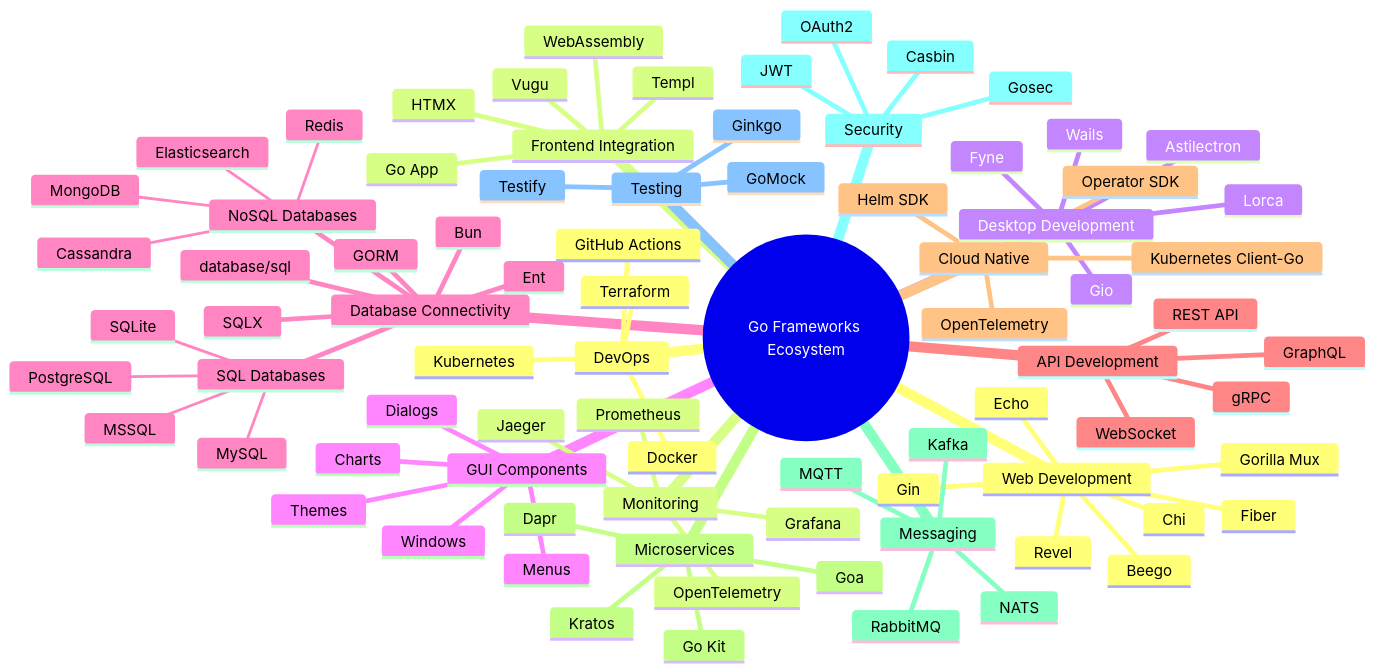
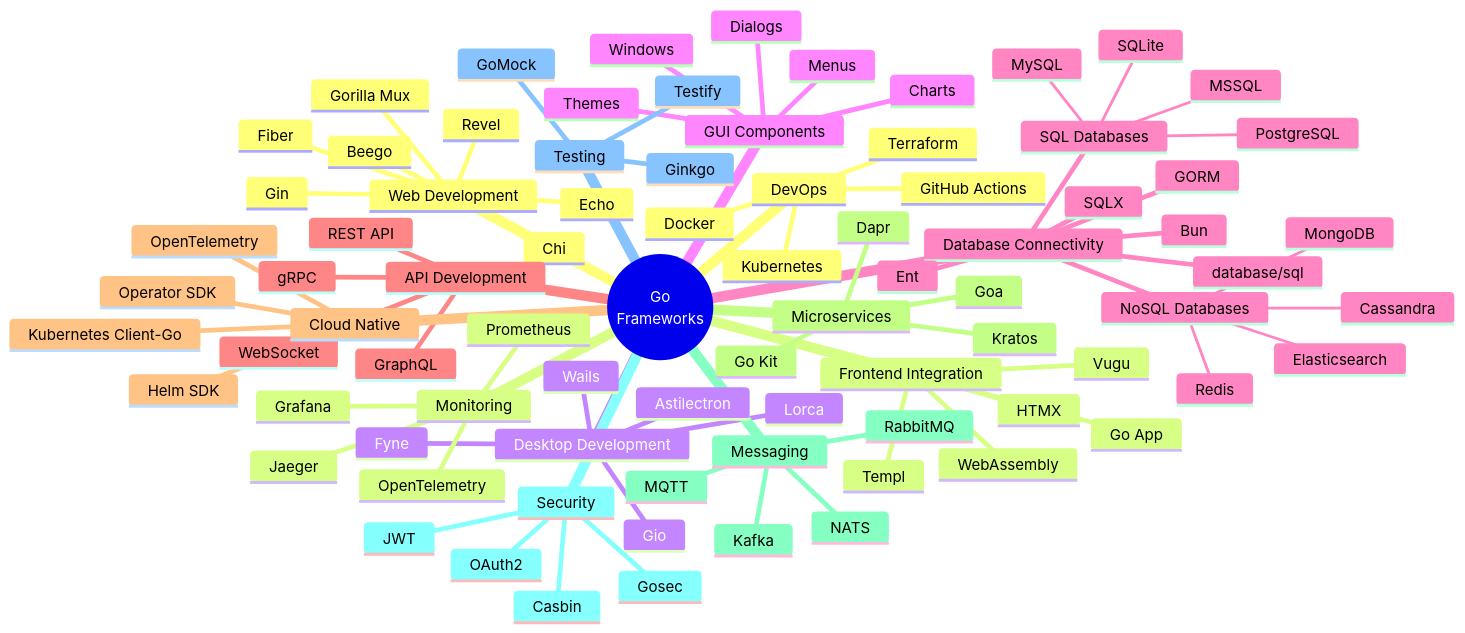
Before and after one commit to cybersecurity-dev/golang-toolkit: the first of 2 diagrams in README.md, drawn with Mermaid. The commit also changed other lines of this file, not shown here.

Commit message:
++added flowchart and Contents

````diff
--- a/README.md
+++ b/README.md
@@ -25,6 +25,6 @@
 ```mermaid
 mindmap
-  root((Go Frameworks Ecosystem))
+  root((Go<br/>Frameworks))
 
     Web Development
       Gin
````
